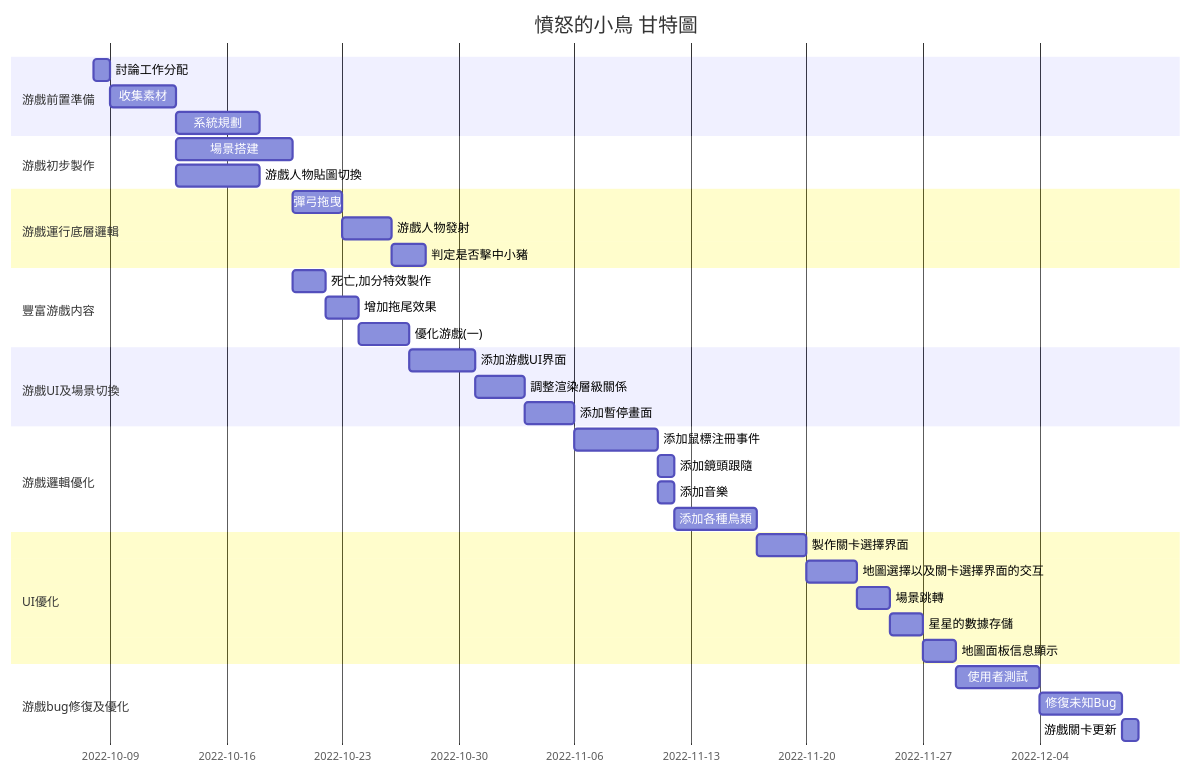
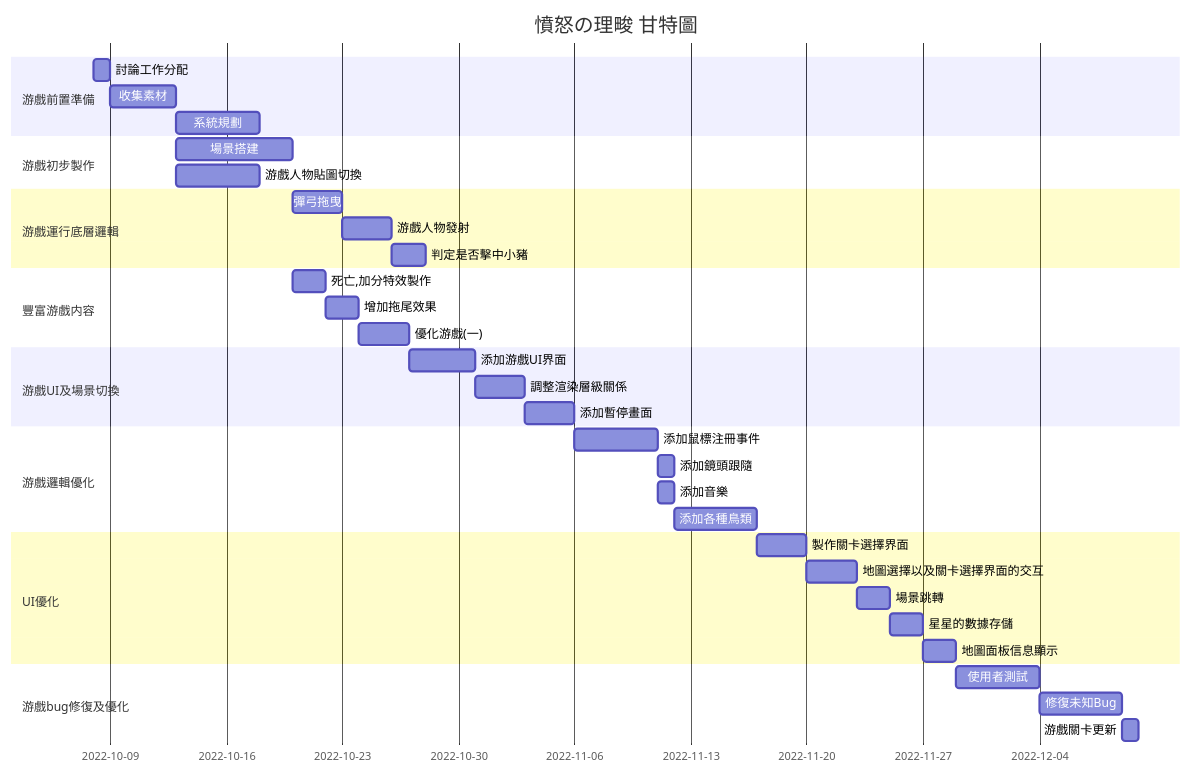
One commit to gabrielkhiong/MY changed the diagram in README.md. Above: the diagram before and after it, drawn with Mermaid. The commit also changed other lines of this file, not shown here.

````diff
--- a/README.md
+++ b/README.md
@@ -8,39 +32,39 @@
 ```mermaid
 gantt
-    title 憤怒的小鳥 甘特圖
+    title 憤怒の理畯 甘特圖
     dateFormat  YYYY-MM-DD
     section 游戲前置準備
     討論工作分配           :a1, 2022-10-08, 1d
     收集素材     :a2, after a1  , 4d
     系統規劃     :a3, after a2  , 5d
     section 游戲初步製作
     場景搭建      :a4, after a2  , 7d
     游戲人物貼圖切換      :a5, after a2  , 5d
     section 游戲運行底層邏輯
     彈弓拖曳      :a6, after a4  , 3d
     游戲人物發射      :a7, after a6  , 3d
     判定是否擊中小豬      :a8, after a7, 2d
     section 豐富游戲内容
     死亡,加分特效製作     :a9, after a4, 2d
     增加拖尾效果      :a10, after a9, 2d
     優化游戲(一)     :a11, after a10, 3d
     section 游戲UI及場景切換
     添加游戲UI界面      :a12, after a11, 4d
     調整渲染層級關係      :a13, after a12, 3d
     添加暫停畫面      :a14, after a13, 3d
     section 游戲邏輯優化
     添加鼠標注冊事件      :a15, after a14, 5d
     添加鏡頭跟隨      :a16, after a15, 1d
     添加音樂      :a17, after a15, 1d
     添加各種鳥類      :a18, after a17, 5d
     section UI優化
     製作關卡選擇界面      :a19, after a18, 3d
     地圖選擇以及關卡選擇界面的交互     :a20, after a19, 3d
     場景跳轉       :a21, after a20, 2d
     星星的數據存儲     :a22, after a21, 2d
     地圖面板信息顯示      :a23, after a22, 2d
     section 游戲bug修復及優化
     使用者測試     :a24, after a23, 5d
     修復未知Bug     :a25, after a24, 5d
     游戲關卡更新      :a26, after a25,1d
 ```
````
